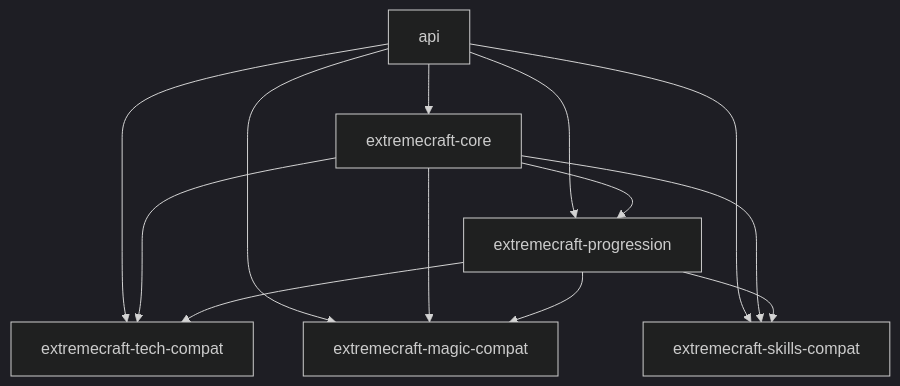
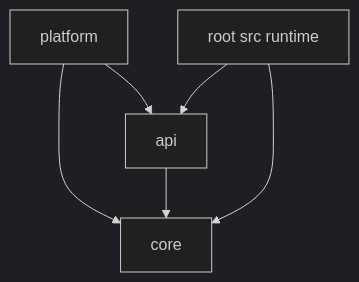
The diagram in docs/ECOSYSTEM_MODULE_DEPENDENCY_GRAPH.md (pendantbear3467/untitled), drawn with Mermaid (dark theme) before and after one commit. The commit also changed other lines of this file and 246 other files, not shown here.

````diff
--- a/docs/ECOSYSTEM_MODULE_DEPENDENCY_GRAPH.md
+++ b/docs/ECOSYSTEM_MODULE_DEPENDENCY_GRAPH.md
@@ -5,15 +5,8 @@
 ```mermaid
 graph TD
-  API[api] --> CORE[extremecraft-core]
-  API --> PROG[extremecraft-progression]
-  CORE --> PROG
-  API --> TECH[extremecraft-tech-compat]
-  CORE --> TECH
-  PROG --> TECH
-  API --> MAGIC[extremecraft-magic-compat]
-  CORE --> MAGIC
-  PROG --> MAGIC
-  API --> SKILLS[extremecraft-skills-compat]
-  CORE --> SKILLS
-  PROG --> SKILLS
+  API[api] --> CORE[core]
+  PLATFORM[platform] --> CORE
+  PLATFORM --> API
+  ROOT[root src runtime] --> API
+  ROOT --> CORE
 ```
````
